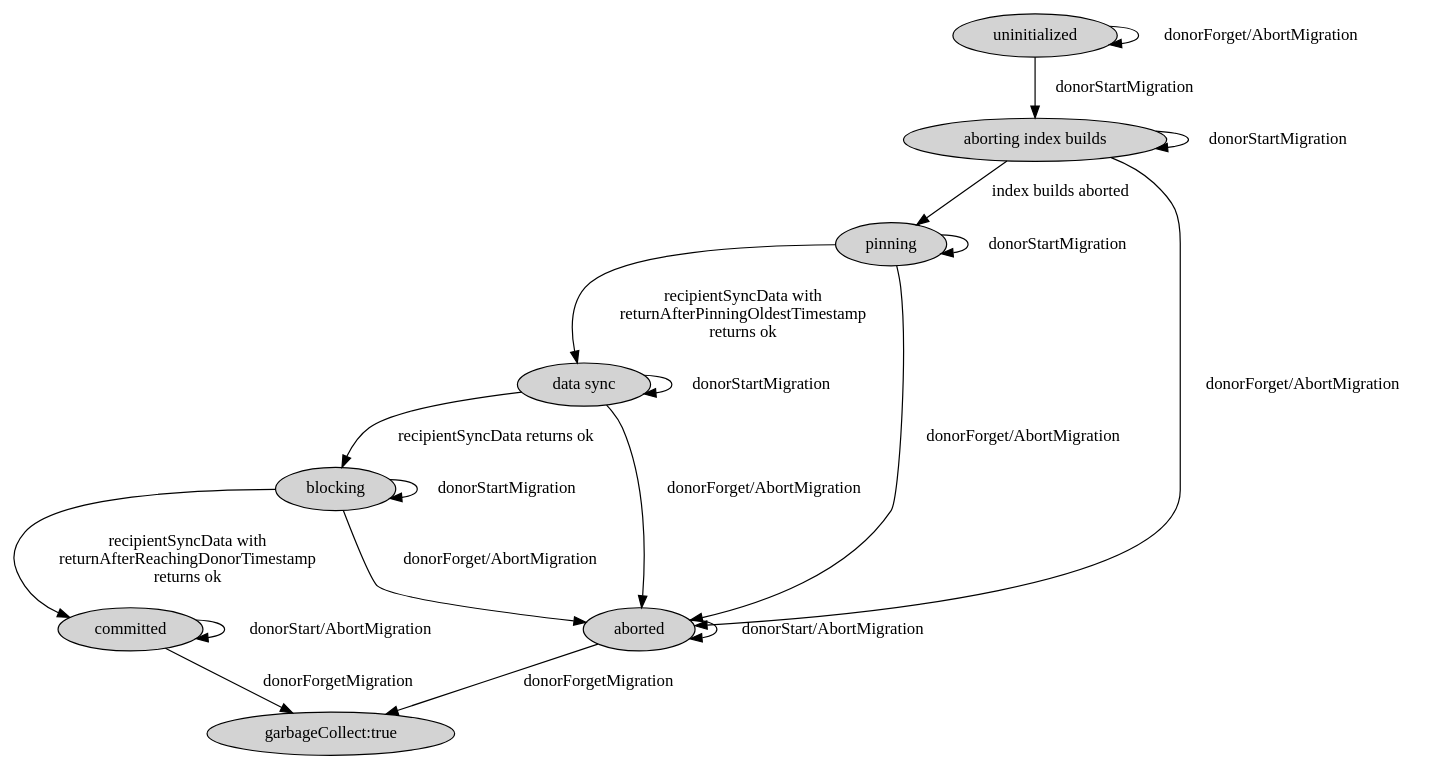
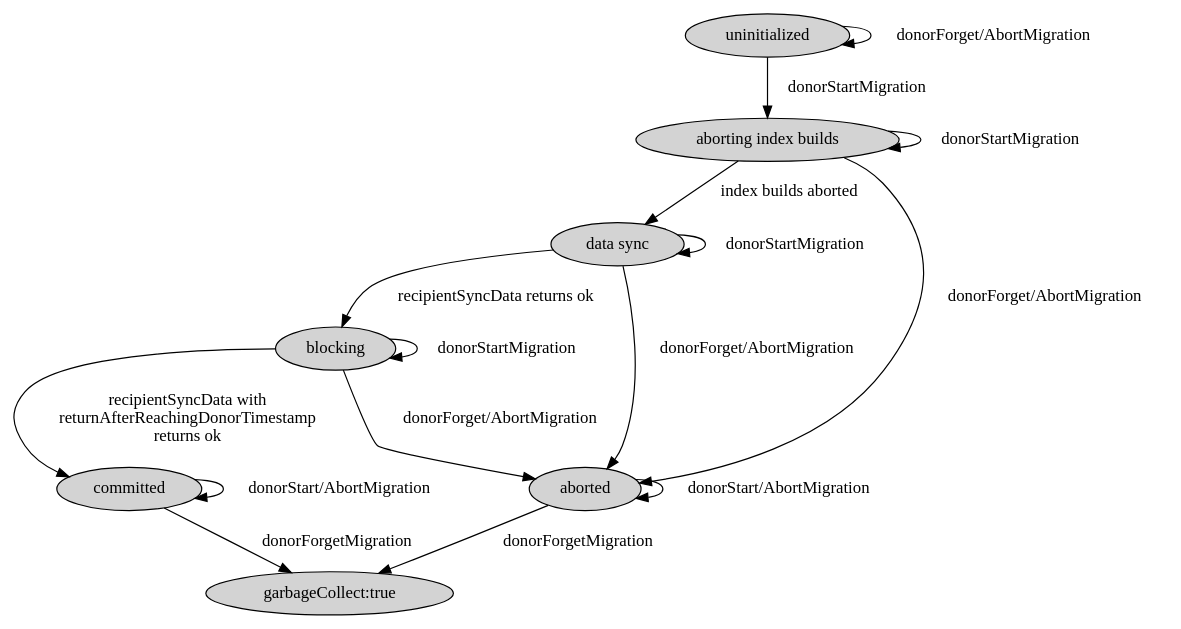
One commit to ajdavis/begin-implementing-merge changed the diagram in merge-donor.dot. Above: the diagram before and after it, drawn with Graphviz. The commit also changed 1 other file, not shown here.

Commit message:
remove oldest timestamp protocol

```diff
--- a/merge-donor.dot
+++ b/merge-donor.dot
@@ -1,29 +1,25 @@
 digraph G {
 	node [style=filled];
     a0 [label="uninitialized"];
     a1 [label="aborting index builds"];
-    a7 [label="pinning"];
     a2 [label="data sync"];
     a3 [label="blocking"];
     a4 [label="committed"];
     a5 [label="aborted"];
     a6 [label="garbageCollect:true"];
     a0 -> a0 [label="donorForget/AbortMigration"]
     a0 -> a1 [label="donorStartMigration"];
     a1 -> a1 [label="donorStartMigration"];
     a1 -> a5 [label="donorForget/AbortMigration"]
-    a1 -> a7 [label="index builds aborted"];
-    a7 -> a7 [label="donorStartMigration"];
-    a7 -> a2 [label="recipientSyncData with\nreturnAfterPinningOldestTimestamp\nreturns ok"];
-    a7 -> a5 [label="donorForget/AbortMigration"]
+    a1 -> a2 [label="index builds aborted"];
     a2 -> a2 [label="donorStartMigration"];
     a2 -> a5 [label="donorForget/AbortMigration"]
     a2 -> a3 [label="recipientSyncData returns ok"];
     a3 -> a3 [label="donorStartMigration"];
     a3 -> a5 [label="donorForget/AbortMigration"];
     a3 -> a4 [label="recipientSyncData with\nreturnAfterReachingDonorTimestamp\nreturns ok"];
     a4 -> a4 [label="donorStart/AbortMigration"];
     a4 -> a6 [label="donorForgetMigration"];
     a5 -> a5 [label="donorStart/AbortMigration"];
     a5 -> a6 [label="donorForgetMigration"];
 }
```
